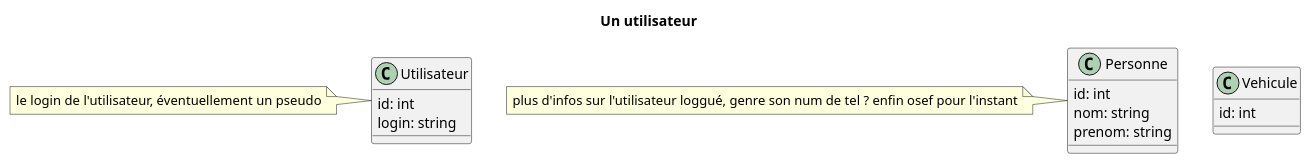
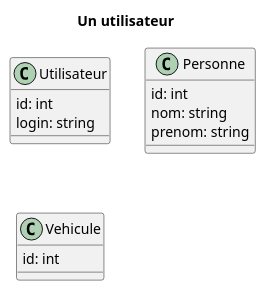
Before and after one commit to gh4w/covoiturage: the diagram in conception/modelisation.puml, drawn with PlantUML.

```diff
--- a/conception/modelisation.puml
+++ b/conception/modelisation.puml
@@ -1,25 +1,21 @@
 @startuml
 
 title Un utilisateur
 
 class Utilisateur {
     id: int
     login: string
 }
 
-note left: le login de l'utilisateur, éventuellement un pseudo
-
 class Personne {
     id: int
     nom: string
     prenom: string
 }
-
-note left: plus d'infos sur l'utilisateur loggué, genre son num de tel ? enfin osef pour l'instant
 
 class Vehicule {
     id: int
 }
 
 
 @enduml
```
